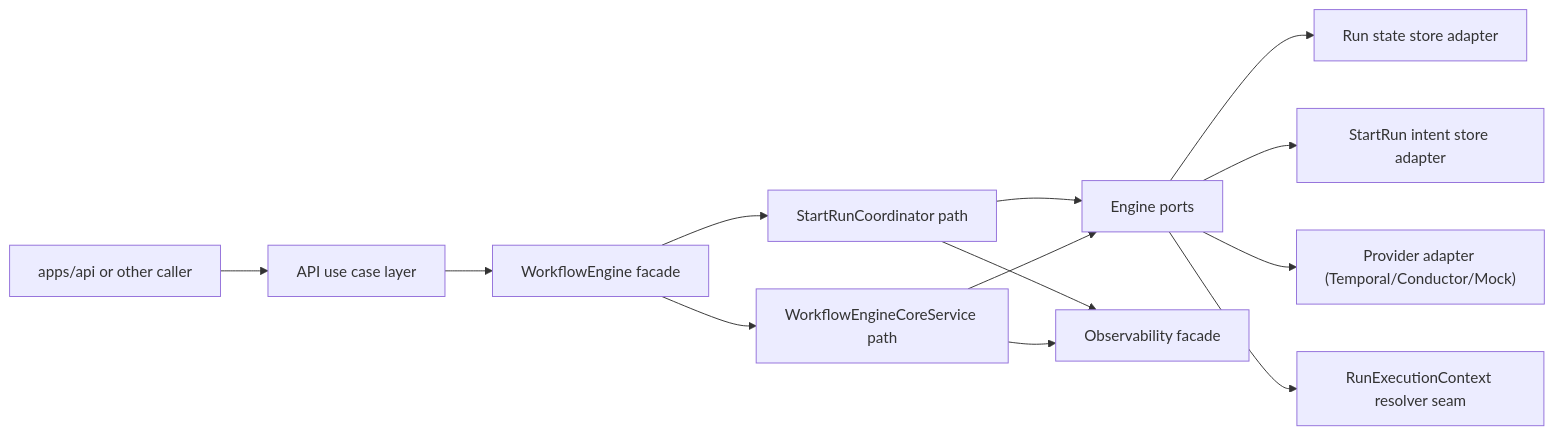
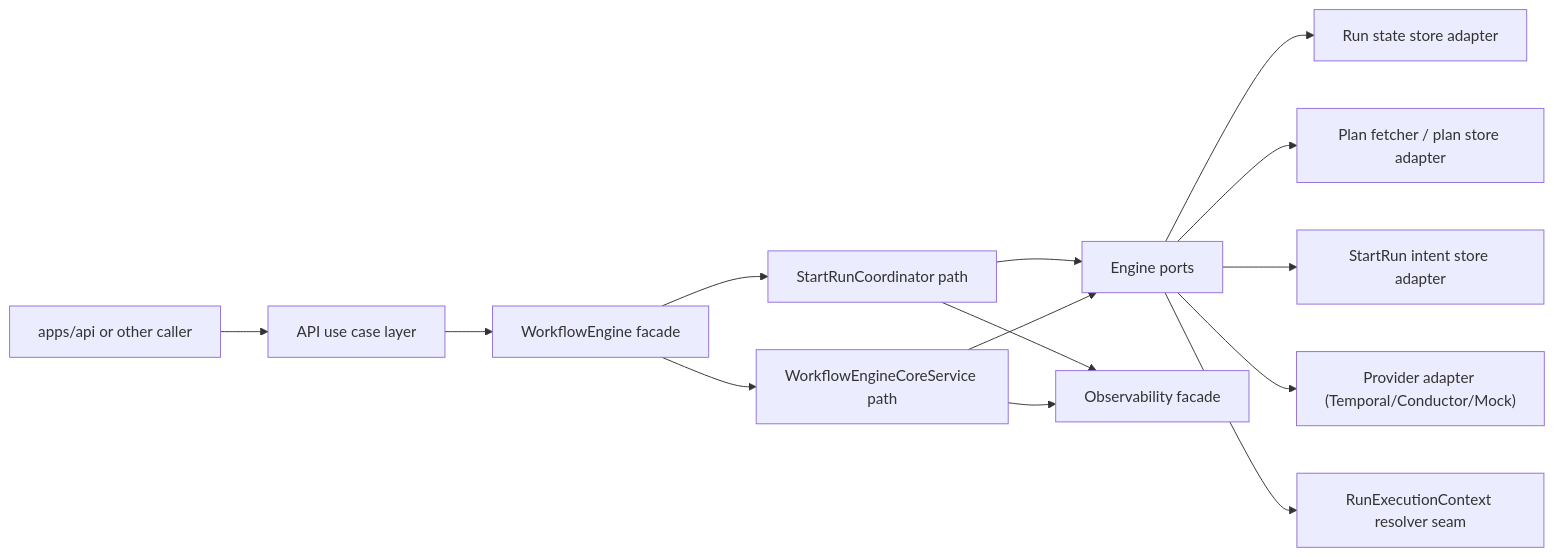
Before and after one commit to dunay2/dvt: the first of 5 diagrams in docs/architecture/engine/workflow-engine-subsystem-context.md, drawn with Mermaid. The commit also changed other lines of this file and 46 other files, not shown here.

````diff
--- a/docs/architecture/engine/workflow-engine-subsystem-context.md
+++ b/docs/architecture/engine/workflow-engine-subsystem-context.md
@@ -58,15 +59,16 @@
 ```mermaid
 flowchart LR
   Caller["apps/api or other caller"] --> UseCase["API use case layer"]
   UseCase --> Engine["WorkflowEngine facade"]
   Engine --> StartRun["StartRunCoordinator path"]
   Engine --> Core["WorkflowEngineCoreService path"]
   StartRun --> Ports["Engine ports"]
   Core --> Ports
   Ports --> State["Run state store adapter"]
+  Ports --> PlanStore["Plan fetcher / plan store adapter"]
   Ports --> Intent["StartRun intent store adapter"]
   Ports --> Provider["Provider adapter (Temporal/Conductor/Mock)"]
   Ports --> RunCtx["RunExecutionContext resolver seam"]
   StartRun --> Obs["Observability facade"]
   Core --> Obs
 ```
````
